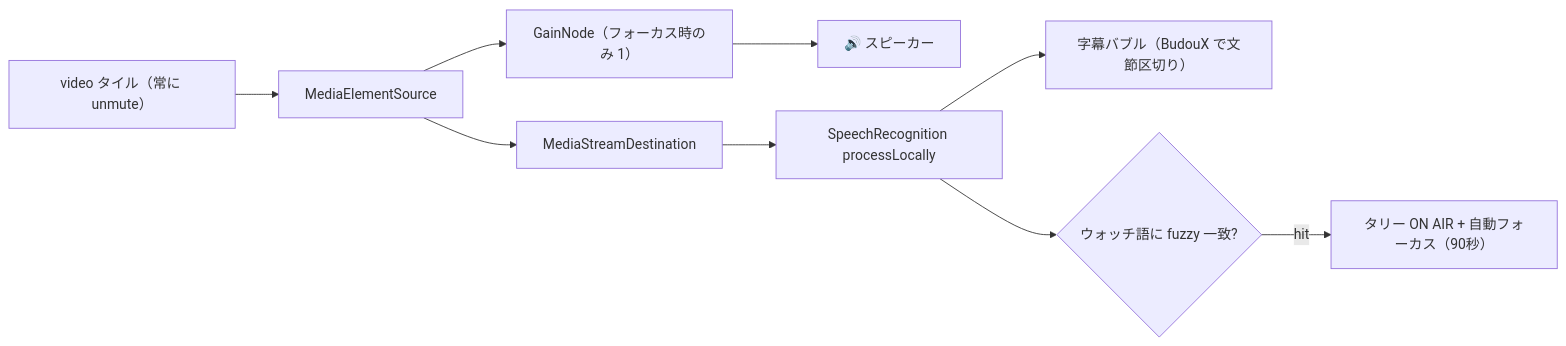
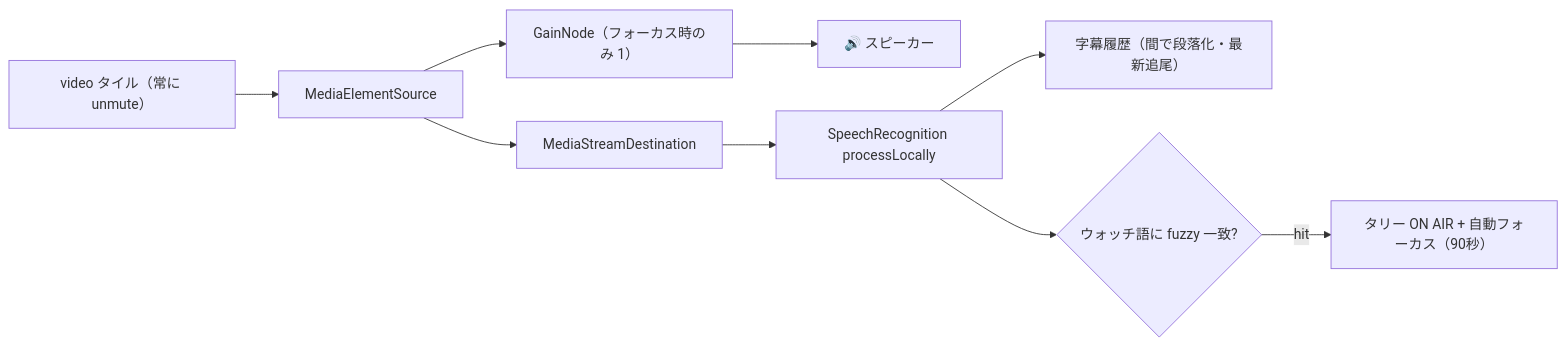
The second of 3 diagrams in README.md (michitomo/shusantv), drawn with Mermaid before and after one commit. The commit also changed other lines of this file and 7 other files, not shown here.

````diff
--- a/README.md
+++ b/README.md
@@ -69,9 +78,9 @@
 ```mermaid
 flowchart LR
   V["video タイル（常に unmute）"] --> SRC["MediaElementSource"]
   SRC --> G["GainNode（フォーカス時のみ 1）"] --> OUT["🔊 スピーカー"]
   SRC --> D["MediaStreamDestination"] --> SR["SpeechRecognition processLocally"]
-  SR --> B["字幕バブル（BudouX で文節区切り）"]
+  SR --> B["字幕履歴（間で段落化・最新追尾）"]
   SR --> W{"ウォッチ語に fuzzy 一致?"}
   W -->|hit| T["タリー ON AIR + 自動フォーカス（90秒）"]
 ```
````
